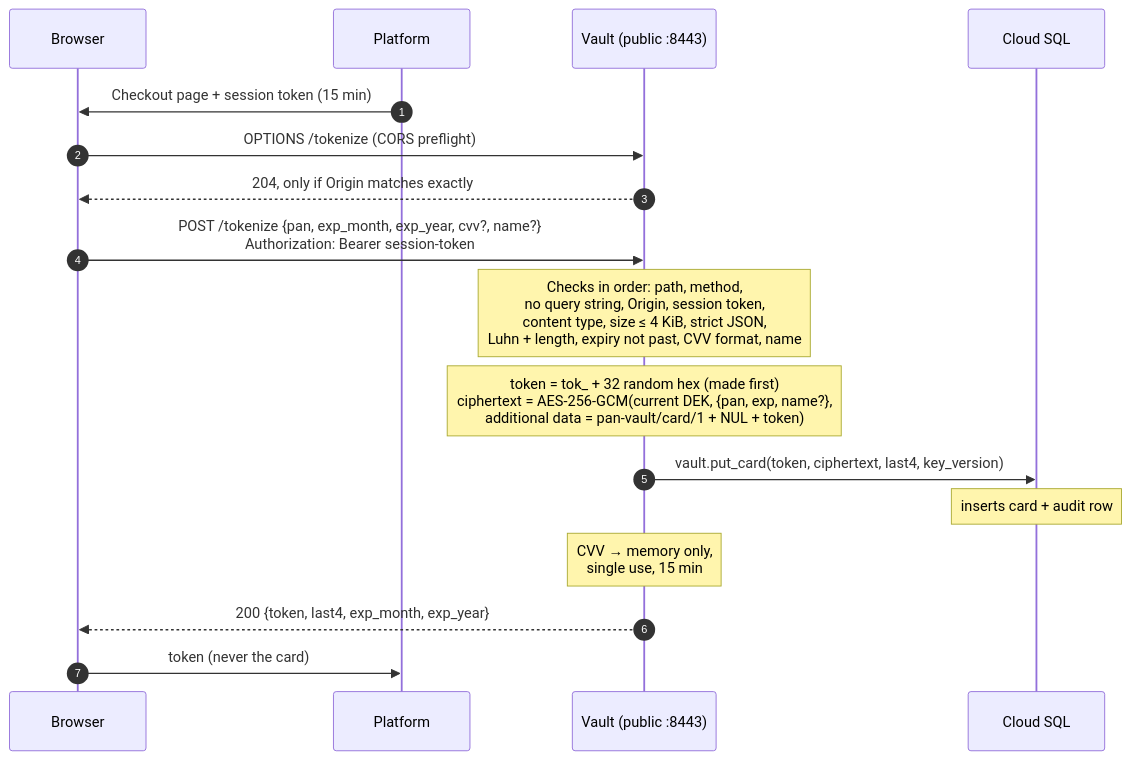
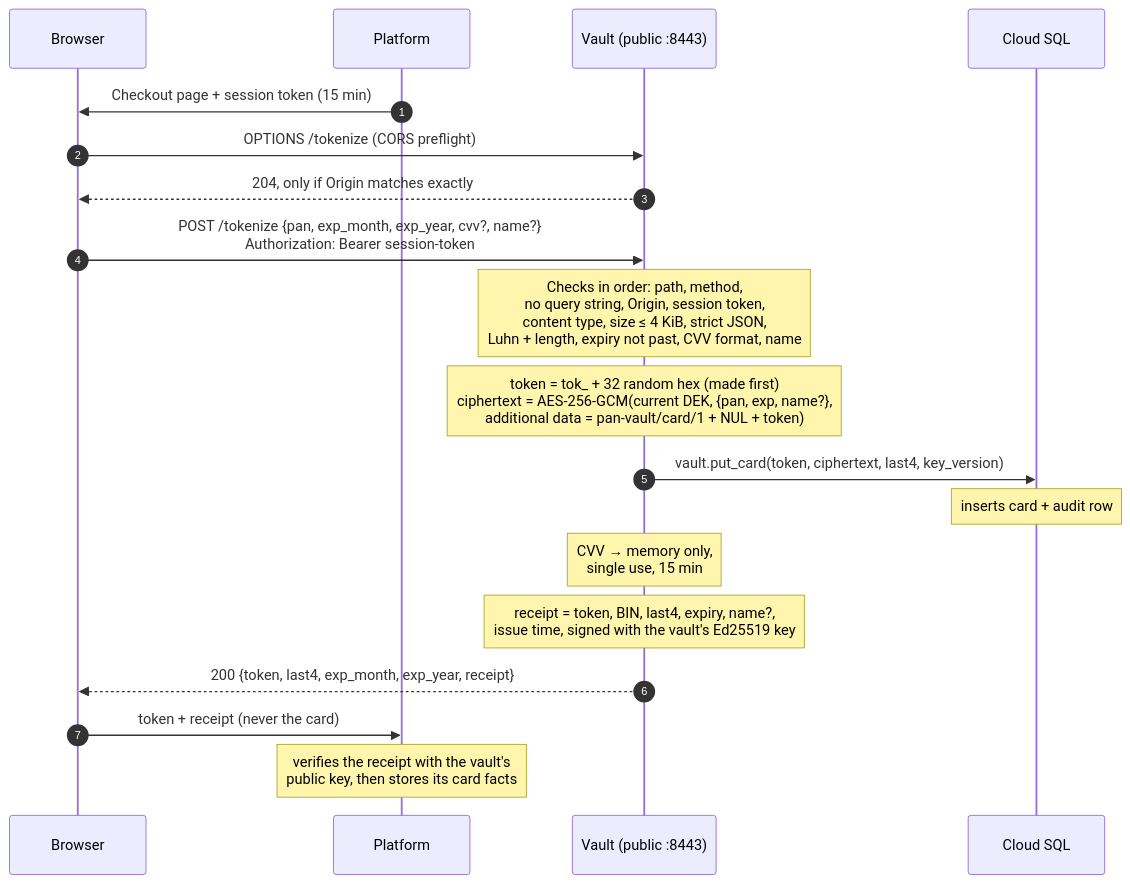
Before and after one commit to camcima/tokenizer: the fifth of 11 diagrams in README.md, drawn with Mermaid. The commit also changed other lines of this file and 12 other files, not shown here.

First line of the commit message:
feat: Ed25519-signed card receipt from /tokenize (#1)

````diff
--- a/README.md
+++ b/README.md
@@ -292,20 +292,22 @@
 ```mermaid
 sequenceDiagram
     autonumber
     participant B as Browser
     participant P as Platform
     participant V as Vault (public :8443)
     participant DB as Cloud SQL
 
     P->>B: Checkout page + session token (15 min)
     B->>V: OPTIONS /tokenize (CORS preflight)
     V-->>B: 204, only if Origin matches exactly
     B->>V: POST /tokenize {pan, exp_month, exp_year, cvv?, name?}<br/>Authorization: Bearer session-token
     Note over V: Checks in order: path, method,<br/>no query string, Origin, session token,<br/>content type, size ≤ 4 KiB, strict JSON,<br/>Luhn + length, expiry not past, CVV format, name
     Note over V: token = tok_ + 32 random hex (made first)<br/>ciphertext = AES-256-GCM(current DEK, {pan, exp, name?},<br/>additional data = pan-vault/card/1 + NUL + token)
     V->>DB: vault.put_card(token, ciphertext, last4, key_version)
     Note over DB: inserts card + audit row
     Note over V: CVV → memory only,<br/>single use, 15 min
-    V-->>B: 200 {token, last4, exp_month, exp_year}
-    B->>P: token (never the card)
+    Note over V: receipt = token, BIN, last4, expiry, name?,<br/>issue time, signed with the vault's Ed25519 key
+    V-->>B: 200 {token, last4, exp_month, exp_year, receipt}
+    B->>P: token + receipt (never the card)
+    Note over P: verifies the receipt with the vault's<br/>public key, then stores its card facts
 ```
````
